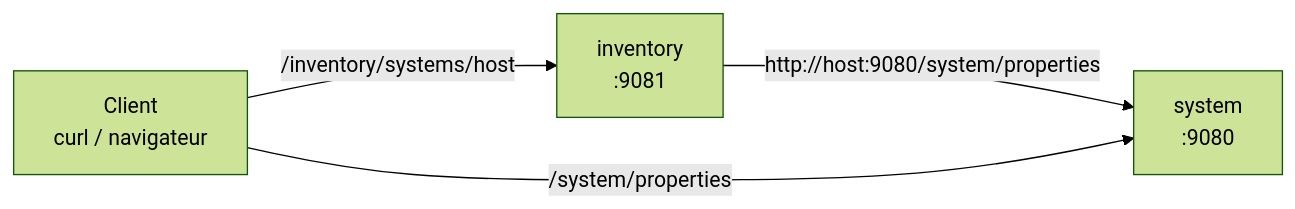
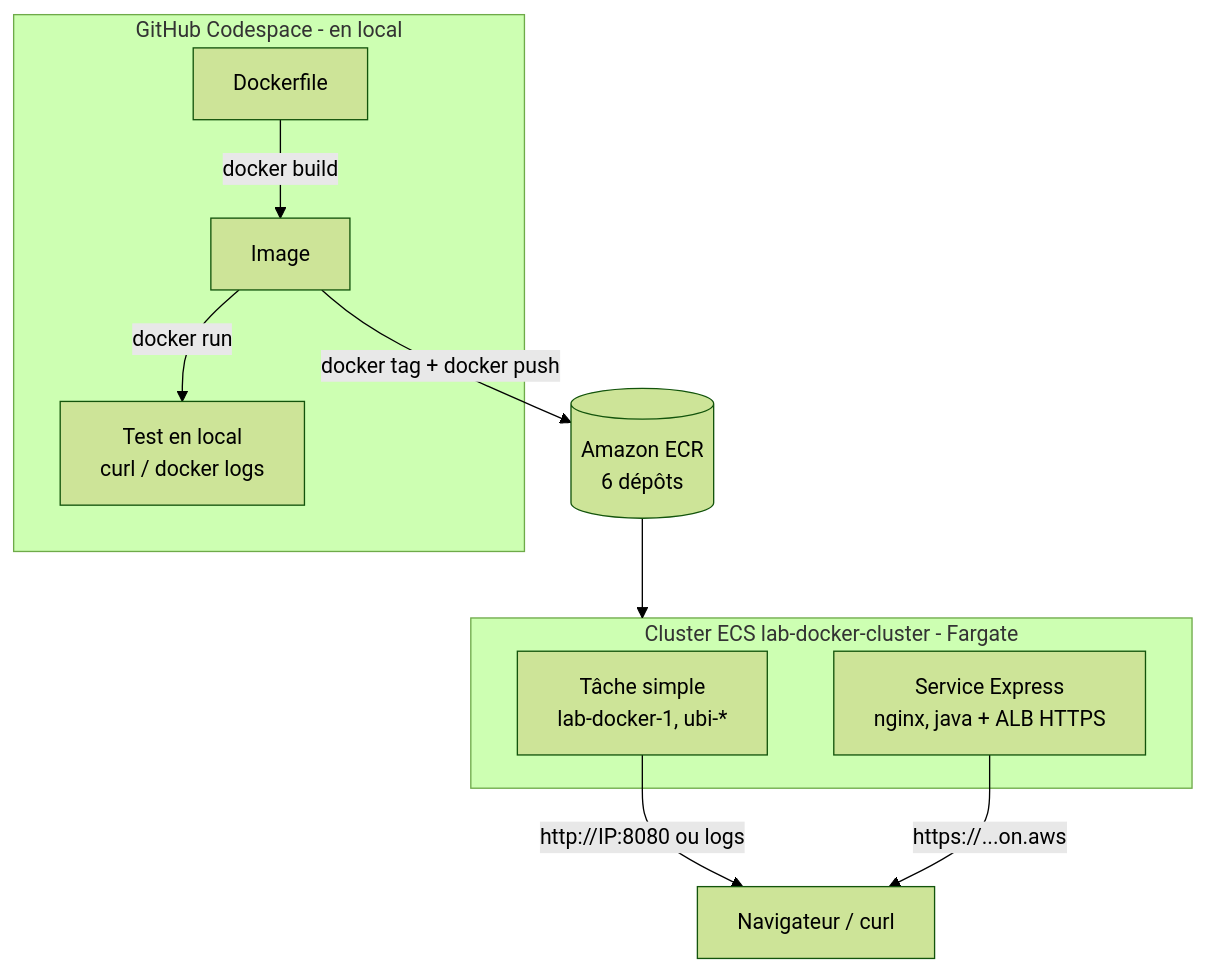
Before and after one commit to MamaDioum27/Docker-K8S-Esigelec: the diagram in README.md, drawn with Mermaid (forest theme). The commit also changed other lines of this file, not shown here.

Commit message:
Restaure le README racine (sommaire + lab ECR/Fargate)

````diff
--- a/README.md
+++ b/README.md
@@ -23,6 +30,15 @@
 ```mermaid
-flowchart LR
-    U[Client<br/>curl / navigateur] -->|/inventory/systems/host| I[inventory<br/>:9081]
-    I -->|http://host:9080/system/properties| S[system<br/>:9080]
-    U -->|/system/properties| S
+flowchart TB
+    subgraph CS[GitHub Codespace - en local]
+        D[Dockerfile] -->|docker build| I[Image]
+        I -->|docker run| T[Test en local<br/>curl / docker logs]
+    end
+    I -->|docker tag + docker push| ECR[(Amazon ECR<br/>6 dépôts)]
+    ECR --> ECS
+    subgraph ECS[Cluster ECS lab-docker-cluster - Fargate]
+        TA[Tâche simple<br/>lab-docker-1, ubi-*]
+        SE[Service Express<br/>nginx, java + ALB HTTPS]
+    end
+    TA -->|http://IP:8080 ou logs| U[Navigateur / curl]
+    SE -->|https://...on.aws| U
 ```
````
